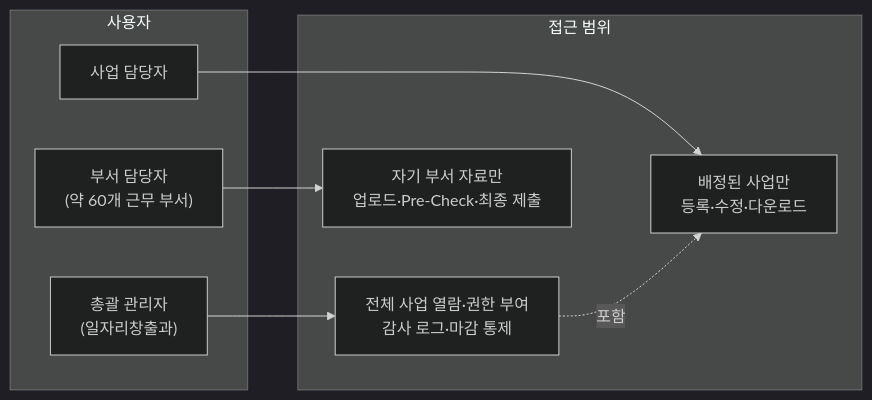
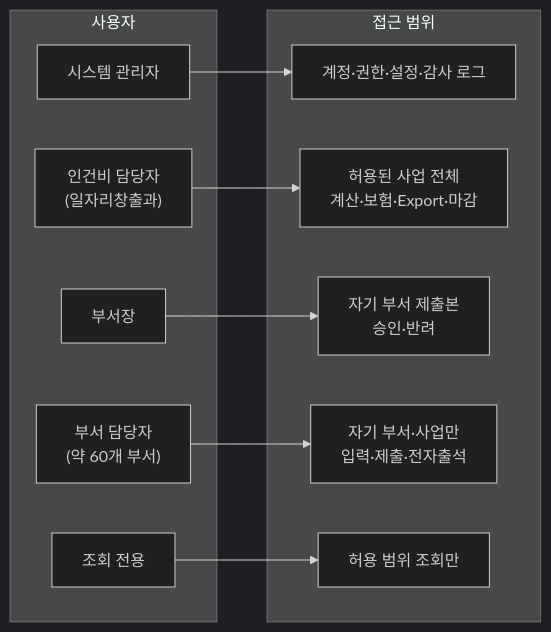
Before and after one commit to YC-CapstoneDesign-5/.github: the first of 15 diagrams in docs/ARCHITECTURE.md, drawn with Mermaid (dark theme). The commit also changed other lines of this file and 7 other files, not shown here.

````diff
--- a/docs/ARCHITECTURE.md
+++ b/docs/ARCHITECTURE.md
@@ -49,17 +55,22 @@
 ```mermaid
 flowchart LR
     subgraph U["사용자"]
-        A["총괄 관리자<br>(일자리창출과)"]
-        B["사업 담당자"]
-        C["부서 담당자<br>(약 60개 근무 부서)"]
+        A["시스템 관리자"]
+        B["인건비 담당자<br>(일자리창출과)"]
+        D["부서장"]
+        C["부서 담당자<br>(약 60개 부서)"]
+        V["조회 전용"]
     end
     subgraph S["접근 범위"]
-        A1["전체 사업 열람·권한 부여<br>감사 로그·마감 통제"]
-        B1["배정된 사업만<br>등록·수정·다운로드"]
-        C1["자기 부서 자료만<br>업로드·Pre-Check·최종 제출"]
+        A1["계정·권한·설정·감사 로그"]
+        B1["허용된 사업 전체<br>계산·보험·Export·마감"]
+        D1["자기 부서 제출본<br>승인·반려"]
+        C1["자기 부서·사업만<br>입력·제출·전자출석"]
+        V1["허용 범위 조회만"]
     end
     A --> A1
     B --> B1
+    D --> D1
     C --> C1
-    A1 -. 포함 .-> B1
+    V --> V1
 ```
````
